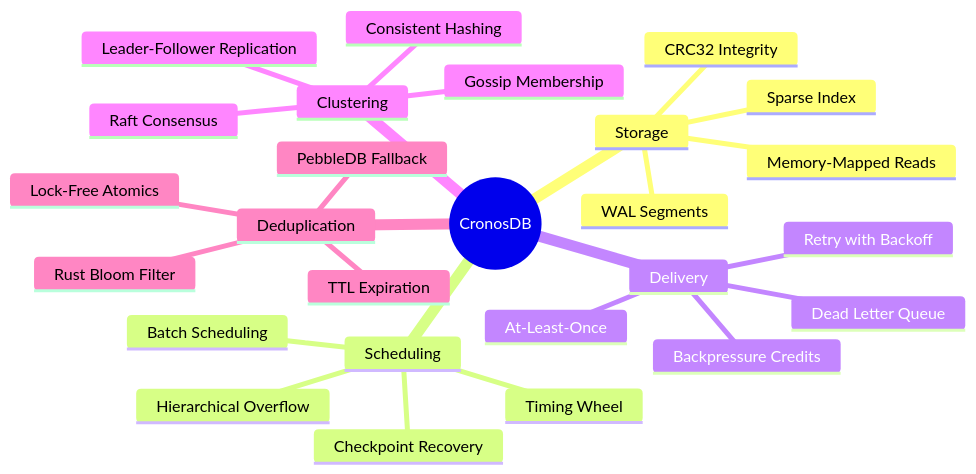
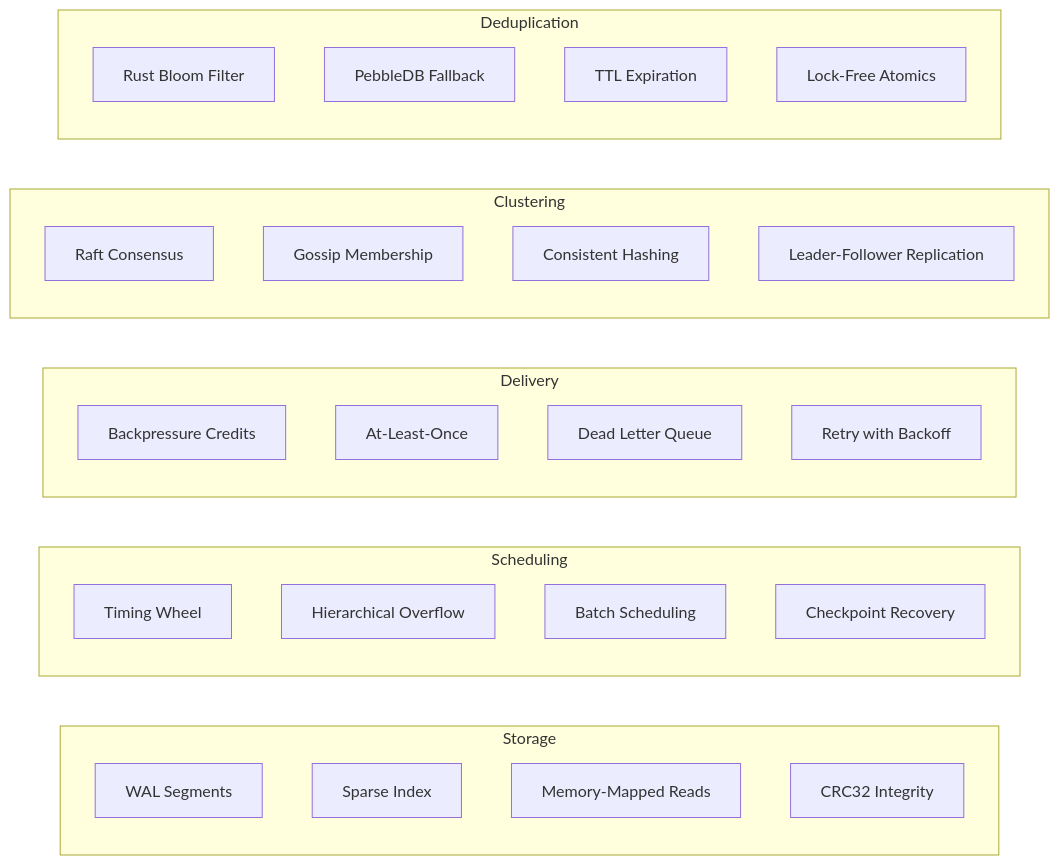
Before and after one commit to jatin711-debug/cronos_db_golang: the first of 36 diagrams in ARCHITECTURE.md, drawn with Mermaid. The commit also changed other lines of this file, not shown here.

First line of the commit message:
docs(architecture): simplify documentation structure and improve clarity

````diff
--- a/ARCHITECTURE.md
+++ b/ARCHITECTURE.md
@@ -39,29 +41,37 @@
 ```mermaid
-mindmap
-  root((CronosDB))
-    Storage
-      WAL Segments
-      Sparse Index
-      Memory-Mapped Reads
-      CRC32 Integrity
-    Scheduling
-      Timing Wheel
-      Hierarchical Overflow
-      Batch Scheduling
-      Checkpoint Recovery
-    Delivery
-      Backpressure Credits
-      At-Least-Once
-      Dead Letter Queue
-      Retry with Backoff
-    Clustering
-      Raft Consensus
-      Gossip Membership
-      Consistent Hashing
-      Leader-Follower Replication
-    Deduplication
-      Rust Bloom Filter
-      PebbleDB Fallback
-      TTL Expiration
-      Lock-Free Atomics
+graph LR
+    subgraph Storage
+        A1[WAL Segments]
+        A2[Sparse Index]
+        A3[Memory-Mapped Reads]
+        A4[CRC32 Integrity]
+    end
+
+    subgraph Scheduling
+        B1[Timing Wheel]
+        B2[Hierarchical Overflow]
+        B3[Batch Scheduling]
+        B4[Checkpoint Recovery]
+    end
+
+    subgraph Delivery
+        C1[Backpressure Credits]
+        C2[At-Least-Once]
+        C3[Dead Letter Queue]
+        C4[Retry with Backoff]
+    end
+
+    subgraph Clustering
+        D1[Raft Consensus]
+        D2[Gossip Membership]
+        D3[Consistent Hashing]
+        D4[Leader-Follower Replication]
+    end
+
+    subgraph Deduplication
+        E1[Rust Bloom Filter]
+        E2[PebbleDB Fallback]
+        E3[TTL Expiration]
+        E4[Lock-Free Atomics]
+    end
 ```
````
